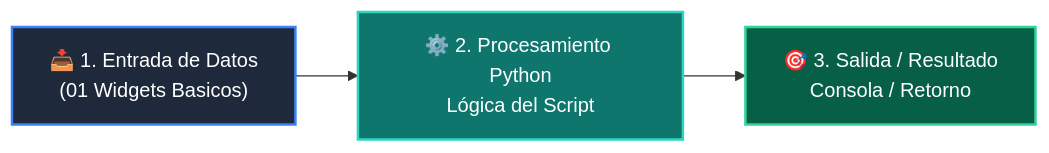
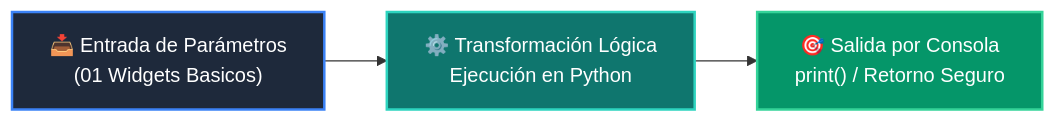
One commit to wisrovi/wisrovi-python changed the diagram in 04-proyecto-final/clase-04-frontend-streamlit/ejemplos/ejemplo_01_widgets_basicos/README.md. Above: the diagram before and after it, drawn with Mermaid. The commit also changed other lines of this file and 226 other files, not shown here.

Commit message:
docs: elevate all repository READMEs to world-class mastery standard with rich pedagogical architecture, custom Mermaids, and professional styling

````diff
--- a/04-proyecto-final/clase-04-frontend-streamlit/ejemplos/ejemplo_01_widgets_basicos/README.md
+++ b/04-proyecto-final/clase-04-frontend-streamlit/ejemplos/ejemplo_01_widgets_basicos/README.md
@@ -12,9 +19,9 @@
 ```mermaid
 flowchart LR
-    A["📥 1. Entrada de Datos<br/>(01 Widgets Basicos)"] --> B["⚙️ 2. Procesamiento Python<br/>Lógica del Script"]
-    B --> C["🎯 3. Salida / Resultado<br/>Consola / Retorno"]
+    A["📥 Entrada de Parámetros<br/>(01 Widgets Basicos)"] --> B["⚙️ Transformación Lógica<br/>Ejecución en Python"]
+    B --> C["🎯 Salida por Consola<br/>print() / Retorno Seguro"]
 
-    style A fill:#1e293b,color:#fff,stroke:#3b82f6,stroke-width:2px
-    style B fill:#0f766e,color:#fff,stroke:#2dd4bf,stroke-width:2px
-    style C fill:#065f46,color:#fff,stroke:#34d399,stroke-width:2px
+    style A fill:#1e293b,color:#ffffff,stroke:#3b82f6,stroke-width:2px
+    style B fill:#0f766e,color:#ffffff,stroke:#2dd4bf,stroke-width:2px
+    style C fill:#059669,color:#ffffff,stroke:#34d399,stroke-width:2px
 ```
````
